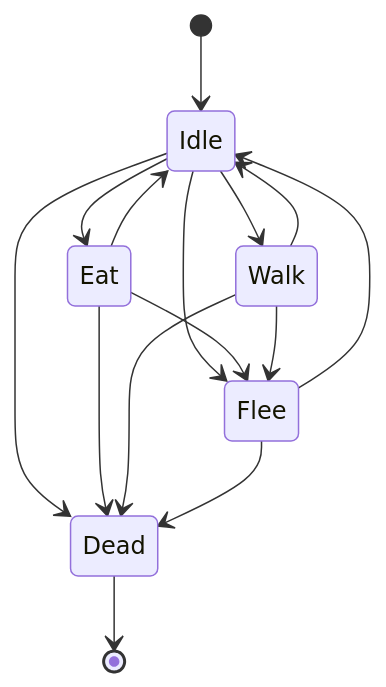
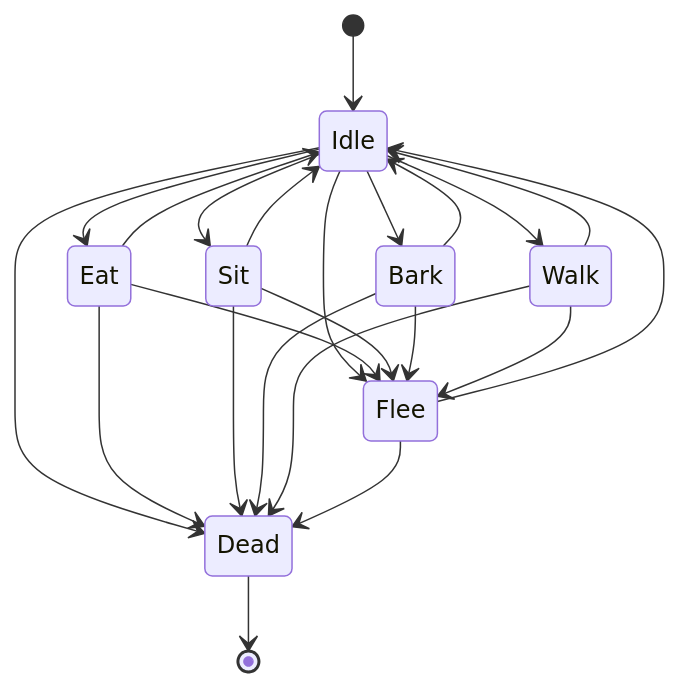
Before and after one commit to Kobu-Labs/drycastle: the first of 32 diagrams in docs/state-machines.md, drawn with Mermaid. The commit also changed other lines of this file and 15 other files, not shown here.

First line of the commit message:
Pets: Synty Simple models, one-hit puff, sit and bark

````diff
--- a/docs/state-machines.md
+++ b/docs/state-machines.md
@@ -12,17 +12,25 @@
 ```mermaid
 stateDiagram-v2
     [*] --> Idle
     Idle --> Eat
     Idle --> Walk
+    Idle --> Sit
+    Idle --> Bark
     Idle --> Flee
     Idle --> Dead
     Eat --> Idle
     Eat --> Flee
     Eat --> Dead
+    Sit --> Idle
+    Sit --> Flee
+    Sit --> Dead
+    Bark --> Idle
+    Bark --> Flee
+    Bark --> Dead
     Walk --> Idle
     Walk --> Flee
     Walk --> Dead
     Flee --> Idle
     Flee --> Dead
     Dead --> [*]
 ```
````
